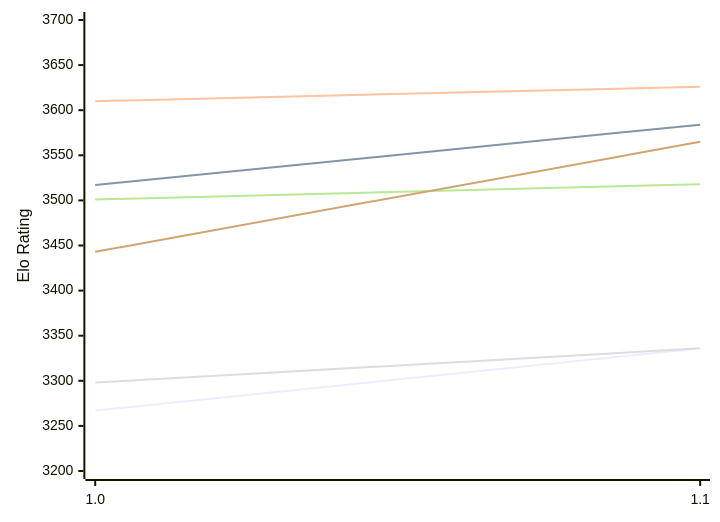
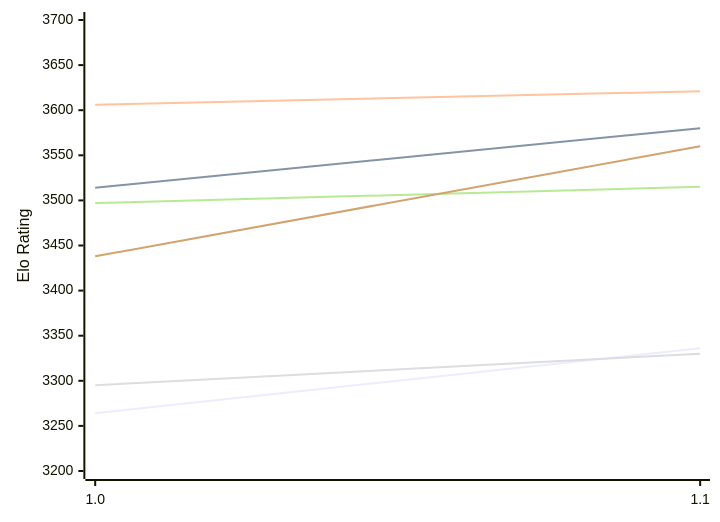
The first of 2 diagrams in engines/Horsie.md (computer-chess-index/cci), drawn with Mermaid before and after one commit. The commit also changed other lines of this file, not shown here.

Commit message:
Update CCI Ratings (ELO VLTC) - 2026-11-19

````diff
--- a/engines/Horsie.md
+++ b/engines/Horsie.md
@@ -50,12 +50,12 @@
 ```mermaid
 %%{init: {"theme":"base","themeVariables":{"seriesColors:['#a3a3a3','#222221','#faa371']}}}%%
 xychart-beta
   x-axis ["1.0", "1.1"]
   y-axis "Elo Rating" 3200 --> 3700
-  line "E1: STC (8.0+0.08s)" [3267, 3336]
-  line "E1: LTC (60.0+0.60s)" [3517, 3584]
-  line "E1: VLTC (2m24s+1.12s)" [3610, 3626]
-  line "P1: STC (8.0+0.08s)" [3298, 3336]
-  line "P1: LTC (60.0+0.60s)" [3501, 3518]
-  line "P1: VLTC (2m24s+1.12s)" [3443, 3565]
+  line "E1: STC (8.0+0.08s)" [3264, 3336]
+  line "E1: LTC (60.0+0.60s)" [3514, 3580]
+  line "E1: VLTC (2m24s+1.12s)" [3606, 3621]
+  line "P1: STC (8.0+0.08s)" [3295, 3330]
+  line "P1: LTC (60.0+0.60s)" [3497, 3515]
+  line "P1: VLTC (2m24s+1.12s)" [3438, 3560]
 ```
````
